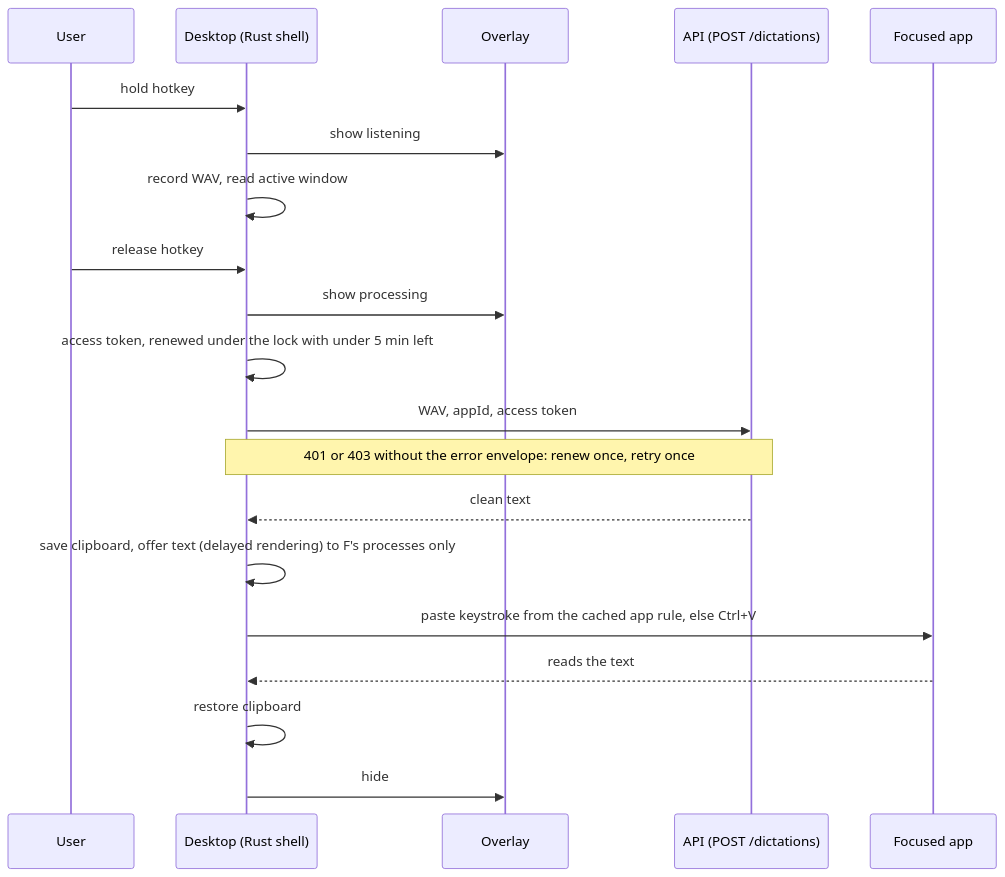
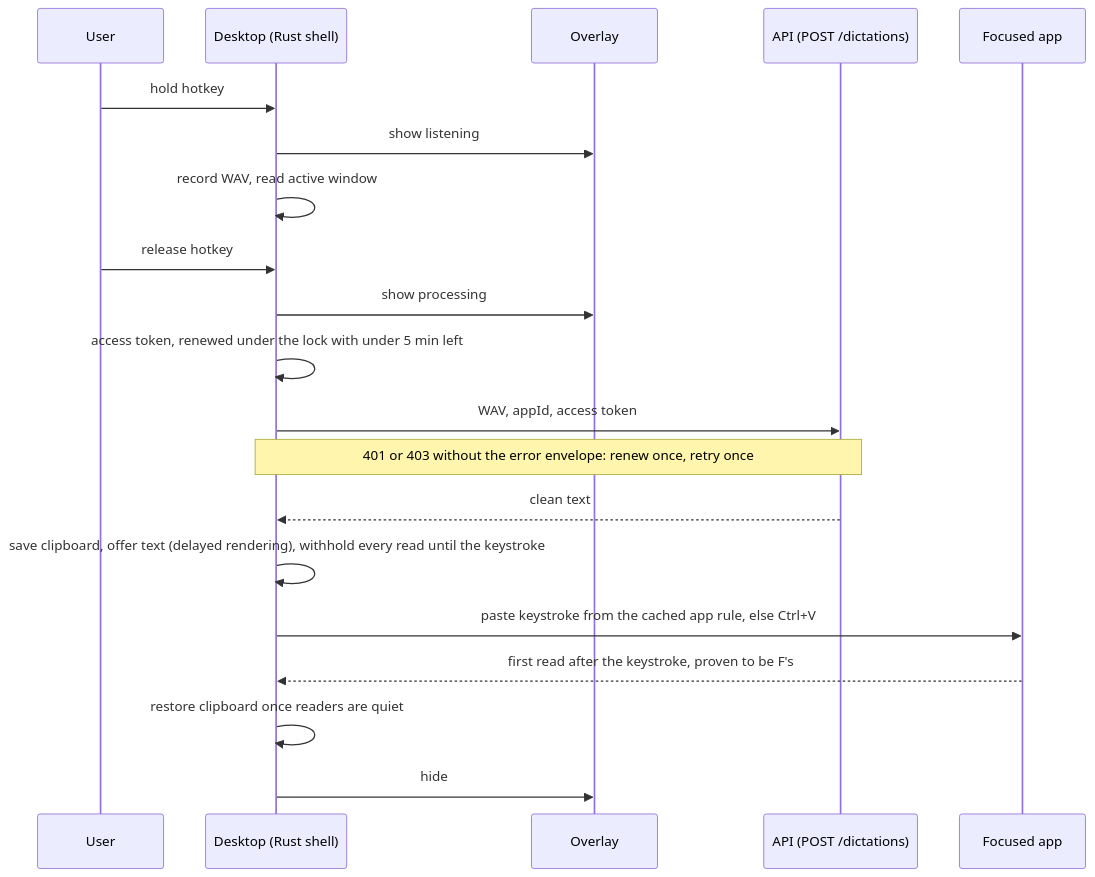
The second of 2 diagrams in docs/modules/desktop/flows.md (sebasfles/take-my-word), drawn with Mermaid before and after one commit. The commit also changed other lines of this file and 4 other files, not shown here.

````diff
--- a/docs/modules/desktop/flows.md
+++ b/docs/modules/desktop/flows.md
@@ -31,22 +31,22 @@
 ```mermaid
 sequenceDiagram
   participant U as User
   participant D as Desktop (Rust shell)
   participant O as Overlay
   participant A as API (POST /dictations)
   participant F as Focused app
   U->>D: hold hotkey
   D->>O: show listening
   D->>D: record WAV, read active window
   U->>D: release hotkey
   D->>O: show processing
   D->>D: access token, renewed under the lock with under 5 min left
   D->>A: WAV, appId, access token
   Note over D,A: 401 or 403 without the error envelope: renew once, retry once
   A-->>D: clean text
-  D->>D: save clipboard, offer text (delayed rendering) to F's processes only
+  D->>D: save clipboard, offer text (delayed rendering), withhold every read until the keystroke
   D->>F: paste keystroke from the cached app rule, else Ctrl+V
-  F-->>D: reads the text
-  D->>D: restore clipboard
+  F-->>D: first read after the keystroke, proven to be F's
+  D->>D: restore clipboard once readers are quiet
   D->>O: hide
 ```
````
